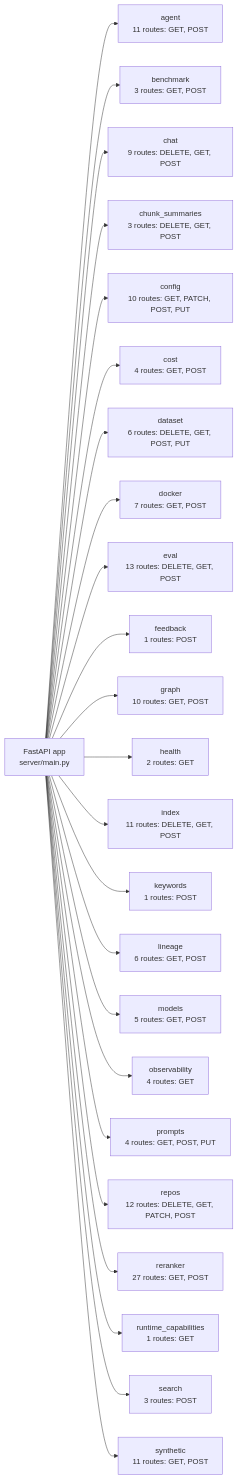
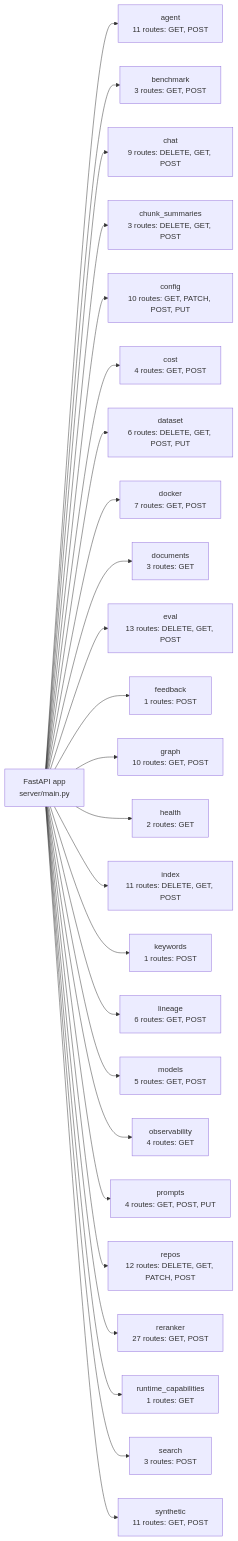
The first of 25 diagrams in mkdocs/docs/reference/architecture/api-surface.md (DMontgomery40/ragweld), drawn with Mermaid before and after one commit. The commit also changed other lines of this file and 16 other files, not shown here.

````diff
--- a/mkdocs/docs/reference/architecture/api-surface.md
+++ b/mkdocs/docs/reference/architecture/api-surface.md
@@ -10,50 +10,52 @@
 ```mermaid
 flowchart LR
     app["FastAPI app\nserver/main.py"]
     n_agent["agent\n11 routes: GET, POST"]
     app --> n_agent
     n_benchmark["benchmark\n3 routes: GET, POST"]
     app --> n_benchmark
     n_chat["chat\n9 routes: DELETE, GET, POST"]
     app --> n_chat
     n_chunk_summaries["chunk_summaries\n3 routes: DELETE, GET, POST"]
     app --> n_chunk_summaries
     n_config["config\n10 routes: GET, PATCH, POST, PUT"]
     app --> n_config
     n_cost["cost\n4 routes: GET, POST"]
     app --> n_cost
     n_dataset["dataset\n6 routes: DELETE, GET, POST, PUT"]
     app --> n_dataset
     n_docker["docker\n7 routes: GET, POST"]
     app --> n_docker
+    n_documents["documents\n3 routes: GET"]
+    app --> n_documents
     n_eval["eval\n13 routes: DELETE, GET, POST"]
     app --> n_eval
     n_feedback["feedback\n1 routes: POST"]
     app --> n_feedback
     n_graph["graph\n10 routes: GET, POST"]
     app --> n_graph
     n_health["health\n2 routes: GET"]
     app --> n_health
     n_index["index\n11 routes: DELETE, GET, POST"]
     app --> n_index
     n_keywords["keywords\n1 routes: POST"]
     app --> n_keywords
     n_lineage["lineage\n6 routes: GET, POST"]
     app --> n_lineage
     n_models["models\n5 routes: GET, POST"]
     app --> n_models
     n_observability["observability\n4 routes: GET"]
     app --> n_observability
     n_prompts["prompts\n4 routes: GET, POST, PUT"]
     app --> n_prompts
     n_repos["repos\n12 routes: DELETE, GET, PATCH, POST"]
     app --> n_repos
     n_reranker["reranker\n27 routes: GET, POST"]
     app --> n_reranker
     n_runtime_capabilities["runtime_capabilities\n1 routes: GET"]
     app --> n_runtime_capabilities
     n_search["search\n3 routes: POST"]
     app --> n_search
     n_synthetic["synthetic\n11 routes: GET, POST"]
     app --> n_synthetic
 ```
````
